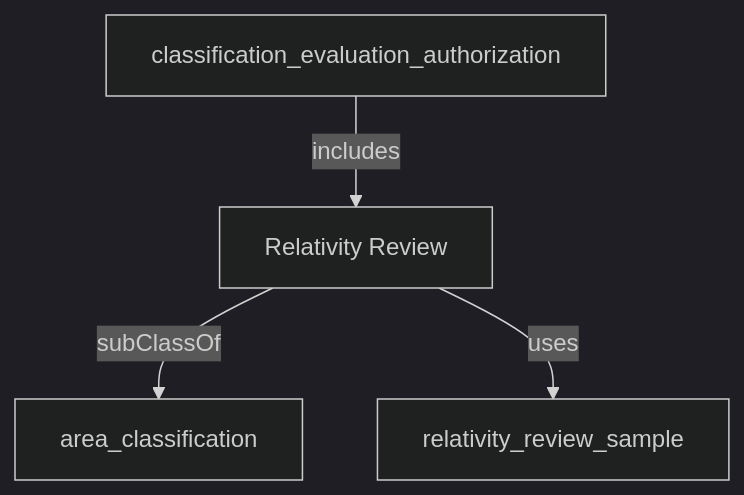
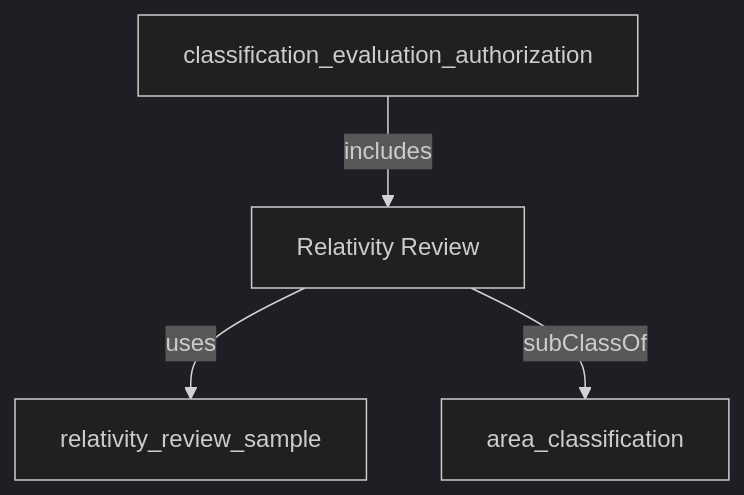
Before and after one commit to heidingaway/heidi2: the diagram in content/hr_data_model/relativity_review.md, drawn with Mermaid (dark theme). The commit also changed other lines of this file and 350 other files, not shown here.

````diff
--- a/content/hr_data_model/relativity_review.md
+++ b/content/hr_data_model/relativity_review.md
@@ -21,10 +22,10 @@
 ```mermaid
 graph TD
   Relativity_Review["Relativity Review"]:::current-page-node
   area_classification["area_classification"]
   relativity_review_sample["relativity_review_sample"]
   classification_evaluation_authorization["classification_evaluation_authorization"]
+  Relativity_Review-->|" uses "|relativity_review_sample
   Relativity_Review-->|" subClassOf "|area_classification
   classification_evaluation_authorization-->|" includes "|Relativity_Review
-  Relativity_Review-->|" uses "|relativity_review_sample
 ```
````
